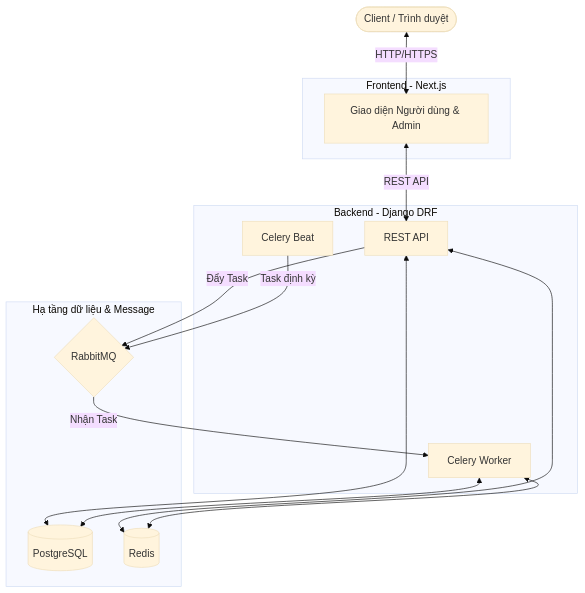
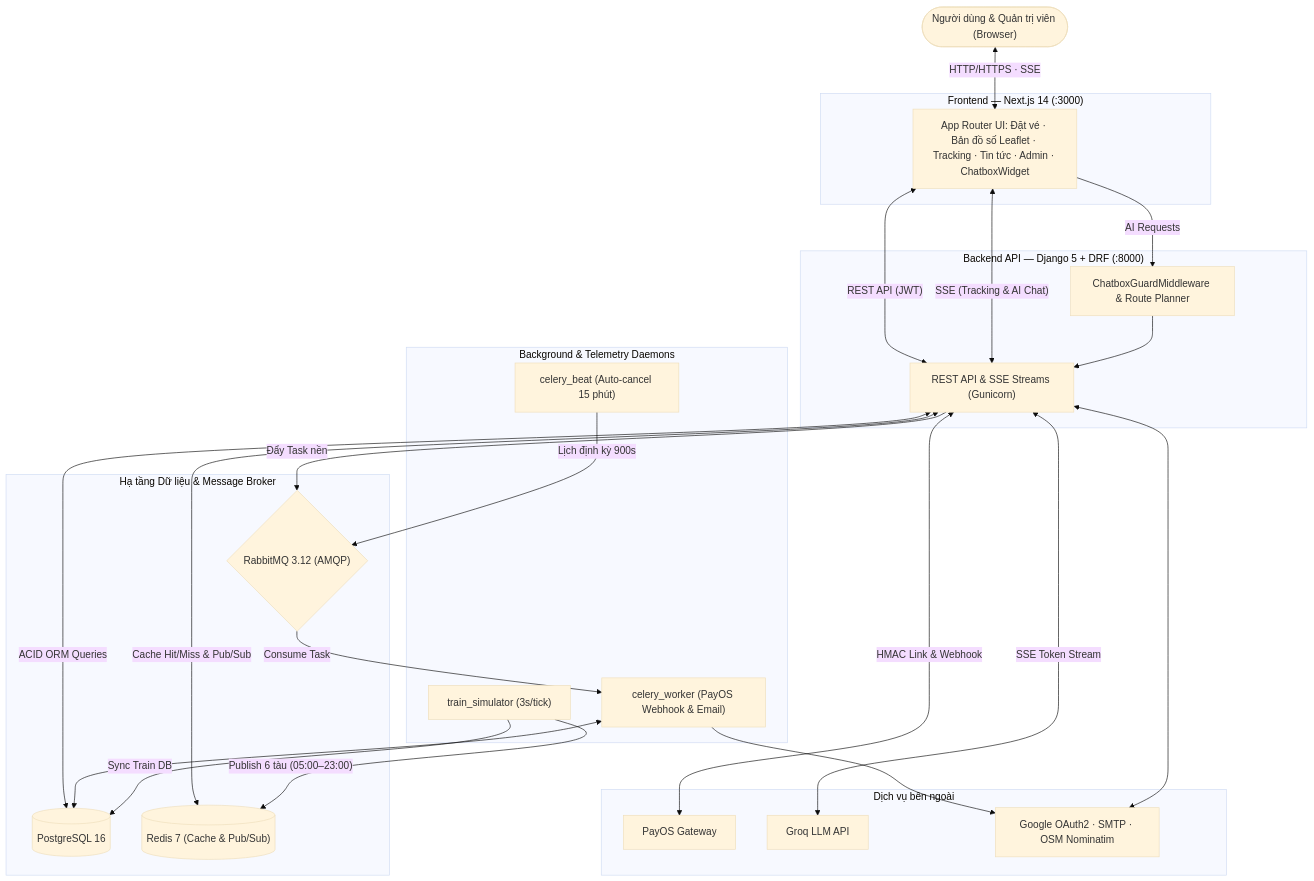
One commit to Trannguyen08/HCMC-Metro changed the diagram in README.md. Above: the diagram before and after it, drawn with Mermaid (base theme). The commit also changed other lines of this file and 33 other files, not shown here.

Commit message:
docs: rewrite README with system Mermaid diagram, add module docs, remove old UI screenshots and CLAUDE/SKILL files

````diff
--- a/README.md
+++ b/README.md
@@ -103,32 +41,52 @@
 ```mermaid
-graph TD
-    Client([Client / Trình duyệt])
-    
-    subgraph Frontend [Frontend - Next.js]
-        WebUI[Giao diện Người dùng & Admin]
+flowchart TD
+    Client(["Người dùng & Quản trị viên (Browser)"])
+
+    subgraph FE["Frontend — Next.js 14 (:3000)"]
+        WebUI["App Router UI: Đặt vé · Bản đồ số Leaflet · Tracking · Tin tức · Admin · ChatboxWidget"]
     end
-    
-    subgraph Backend [Backend - Django DRF]
-        API[REST API]
-        Worker[Celery Worker]
-        Beat[Celery Beat]
+
+    subgraph BE["Backend API — Django 5 + DRF (:8000)"]
+        API["REST API & SSE Streams (Gunicorn)"]
+        Guard["ChatboxGuardMiddleware & Route Planner"]
     end
-    
-    subgraph Infrastructure [Hạ tầng dữ liệu & Message]
-        DB[(PostgreSQL)]
-        Cache[(Redis)]
-        MQ{RabbitMQ}
+
+    subgraph Daemons["Background & Telemetry Daemons"]
+        Sim["train_simulator (3s/tick)"]
+        Worker["celery_worker (PayOS Webhook & Email)"]
+        Beat["celery_beat (Auto-cancel 15 phút)"]
     end
-    
-    Client <-->|HTTP/HTTPS| WebUI
-    WebUI <-->|REST API| API
-    
-    API <--> DB
-    API <--> Cache
-    
-    API -->|Đẩy Task| MQ
-    Beat -->|Task định kỳ| MQ
-    MQ -->|Nhận Task| Worker
+
+    subgraph Infra["Hạ tầng Dữ liệu & Message Broker"]
+        DB[("PostgreSQL 16")]
+        Redis[("Redis 7 (Cache & Pub/Sub)")]
+        MQ{"RabbitMQ 3.12 (AMQP)"}
+    end
+
+    subgraph Ext["Dịch vụ bên ngoài"]
+        PayOS["PayOS Gateway"]
+        Groq["Groq LLM API"]
+        ThirdParty["Google OAuth2 · SMTP · OSM Nominatim"]
+    end
+
+    Client <-->|"HTTP/HTTPS · SSE"| WebUI
+    WebUI <-->|"REST API (JWT)"| API
+    WebUI <-->|"SSE (Tracking & AI Chat)"| API
+    WebUI -->|"AI Requests"| Guard
+    Guard --> API
+
+    API <-->|"ACID ORM Queries"| DB
+    API <-->|"Cache Hit/Miss & Pub/Sub"| Redis
+    API -->|"Đẩy Task nền"| MQ
+    Beat -->|"Lịch định kỳ 900s"| MQ
+    MQ -->|"Consume Task"| Worker
+
     Worker <--> DB
-    Worker <--> Cache
+    Worker --> ThirdParty
+    Sim -->|"Publish 6 tàu (05:00–23:00)"| Redis
+    Sim -->|"Sync Train DB"| DB
+
+    API <-->|"HMAC Link & Webhook"| PayOS
+    API <-->|"SSE Token Stream"| Groq
+    API <--> ThirdParty
 ```
````
